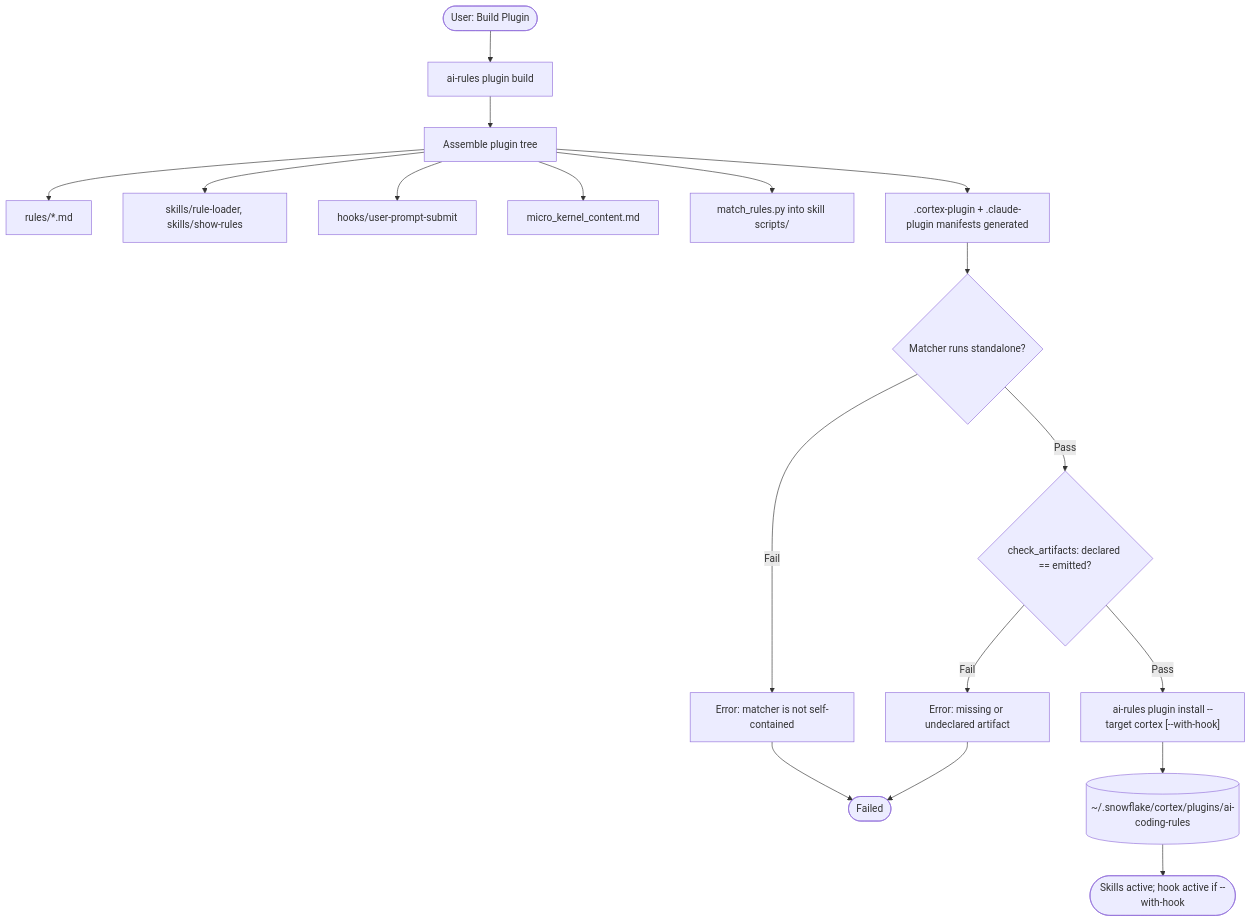
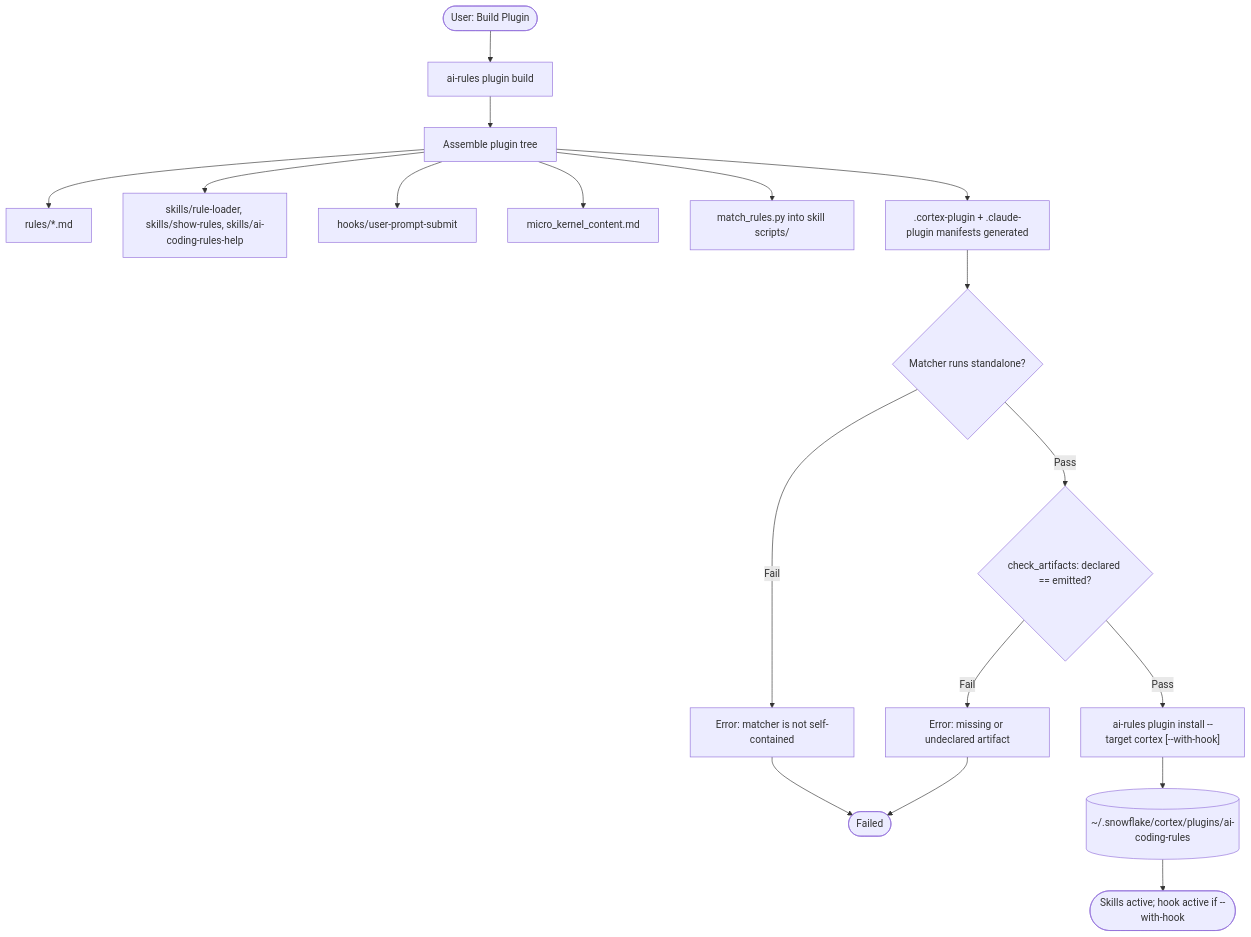
The second of 2 diagrams in docs/ARCHITECTURE.md (sfc-gh-myoung/ai_coding_rules), drawn with Mermaid before and after one commit. The commit also changed other lines of this file and 5 other files, not shown here.

First line of the commit message:
feat(plugin): add ai-coding-rules-help reference card skill (#60)

````diff
--- a/docs/ARCHITECTURE.md
+++ b/docs/ARCHITECTURE.md
@@ -518,21 +520,21 @@
 ```mermaid
 flowchart TD
     Start([User: Build Plugin]) --> Command
     Command["ai-rules plugin build"] --> Assemble
     Assemble[Assemble plugin tree] --> CopyRules[rules/*.md]
-    Assemble --> CopySkills[skills/rule-loader, skills/show-rules]
+    Assemble --> CopySkills[skills/rule-loader, skills/show-rules, skills/ai-coding-rules-help]
     Assemble --> CopyHook[hooks/user-prompt-submit]
     Assemble --> CopyKernel[micro_kernel_content.md]
     Assemble --> CopyMatcher[match_rules.py into skill scripts/]
     Assemble --> Manifest[.cortex-plugin + .claude-plugin manifests generated]
     Manifest --> Standalone{Matcher runs standalone?}
     Standalone -->|Fail| Error[Error: matcher is not self-contained]
     Standalone -->|Pass| Contract{check_artifacts: declared == emitted?}
     Contract -->|Fail| Error2[Error: missing or undeclared artifact]
     Contract -->|Pass| Install["ai-rules plugin install --target cortex [--with-hook]"]
     Install --> Registry[(~/.snowflake/cortex/plugins/ai-coding-rules)]
     Registry --> Active([Skills active; hook active if --with-hook])
 
     Error --> End([Failed])
     Error2 --> End
 ```
````
